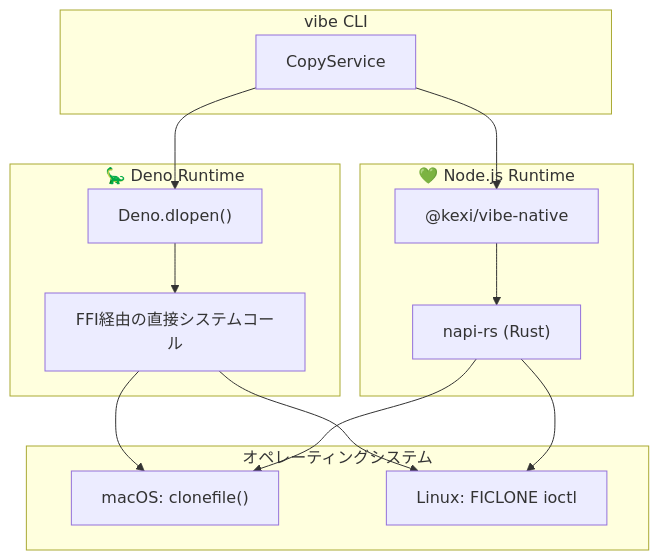
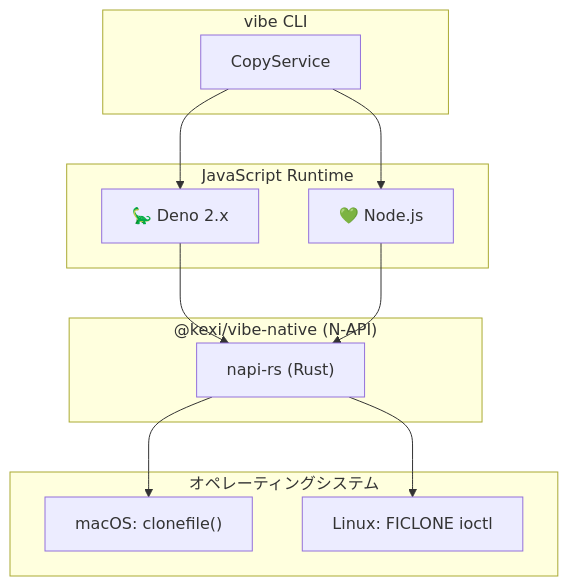
One commit to kexi/vibe changed the diagram in docs/specifications/native-clone.ja.md. Above: the diagram before and after it, drawn with Mermaid. The commit also changed other lines of this file and 2 other files, not shown here.

First line of the commit message:
docs: update native-clone specification for unified N-API

````diff
--- a/docs/specifications/native-clone.ja.md
+++ b/docs/specifications/native-clone.ja.md
@@ -27,30 +29,27 @@
 ```mermaid
 flowchart TD
     subgraph App["vibe CLI"]
         CopyService["CopyService"]
     end
 
-    subgraph Deno["🦕 Deno Runtime"]
-        DenoFFI["Deno.dlopen()"]
-        DenoSyscall["FFI経由の直接システムコール"]
+    subgraph Runtime["JavaScript Runtime"]
+        Deno["🦕 Deno 2.x"]
+        Node["💚 Node.js"]
     end
 
-    subgraph Node["💚 Node.js Runtime"]
-        NativeAddon["@kexi/vibe-native"]
+    subgraph Native["@kexi/vibe-native (N-API)"]
         NapiRs["napi-rs (Rust)"]
     end
 
     subgraph OS["オペレーティングシステム"]
         Darwin["macOS: clonefile()"]
         Linux["Linux: FICLONE ioctl"]
     end
 
-    CopyService --> DenoFFI
-    CopyService --> NativeAddon
-    DenoFFI --> DenoSyscall
-    DenoSyscall --> Darwin
-    DenoSyscall --> Linux
-    NativeAddon --> NapiRs
+    CopyService --> Deno
+    CopyService --> Node
+    Deno --> NapiRs
+    Node --> NapiRs
     NapiRs --> Darwin
     NapiRs --> Linux
 ```
````
